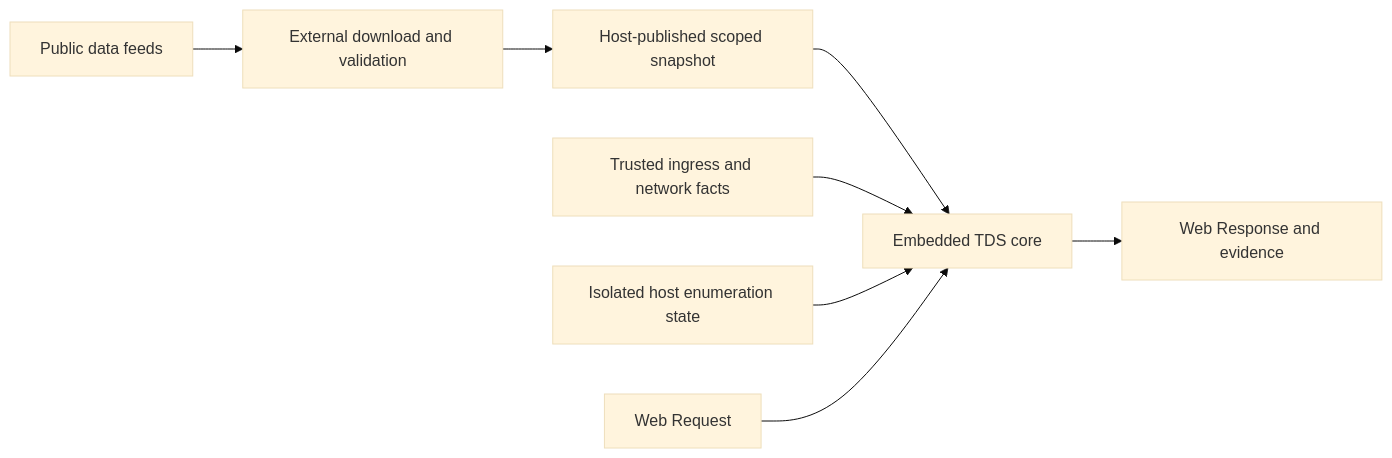
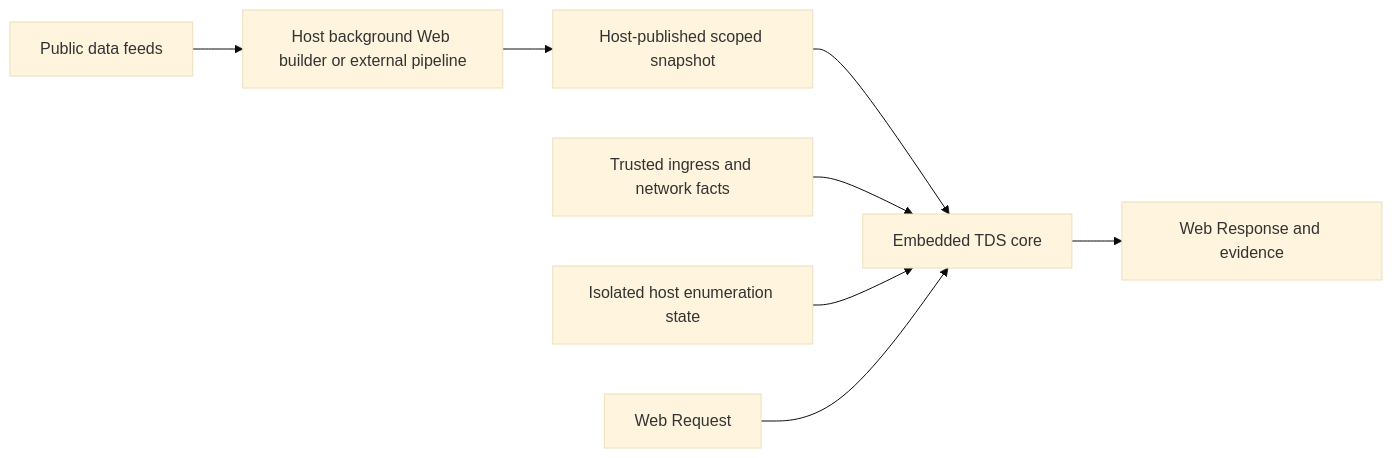
One commit to imphillip/radixing-traffic-engine changed the second of 2 diagrams in docs/deployment.md. Above: the diagram before and after it, drawn with Mermaid (base theme). The commit also changed other lines of this file and 12 other files, not shown here.

````diff
--- a/docs/deployment.md
+++ b/docs/deployment.md
@@ -83,10 +83,10 @@
 ```mermaid
 flowchart LR
-  Feeds[Public data feeds] --> Publisher[External download and validation]
+  Feeds[Public data feeds] --> Publisher[Host background Web builder or external pipeline]
   Publisher --> Scoped[Host-published scoped snapshot]
   Scoped --> Core[Embedded TDS core]
   Platform[Trusted ingress and network facts] --> Core
   State[Isolated host enumeration state] --> Core
   Request[Web Request] --> Core
   Core --> Response[Web Response and evidence]
 ```
````
